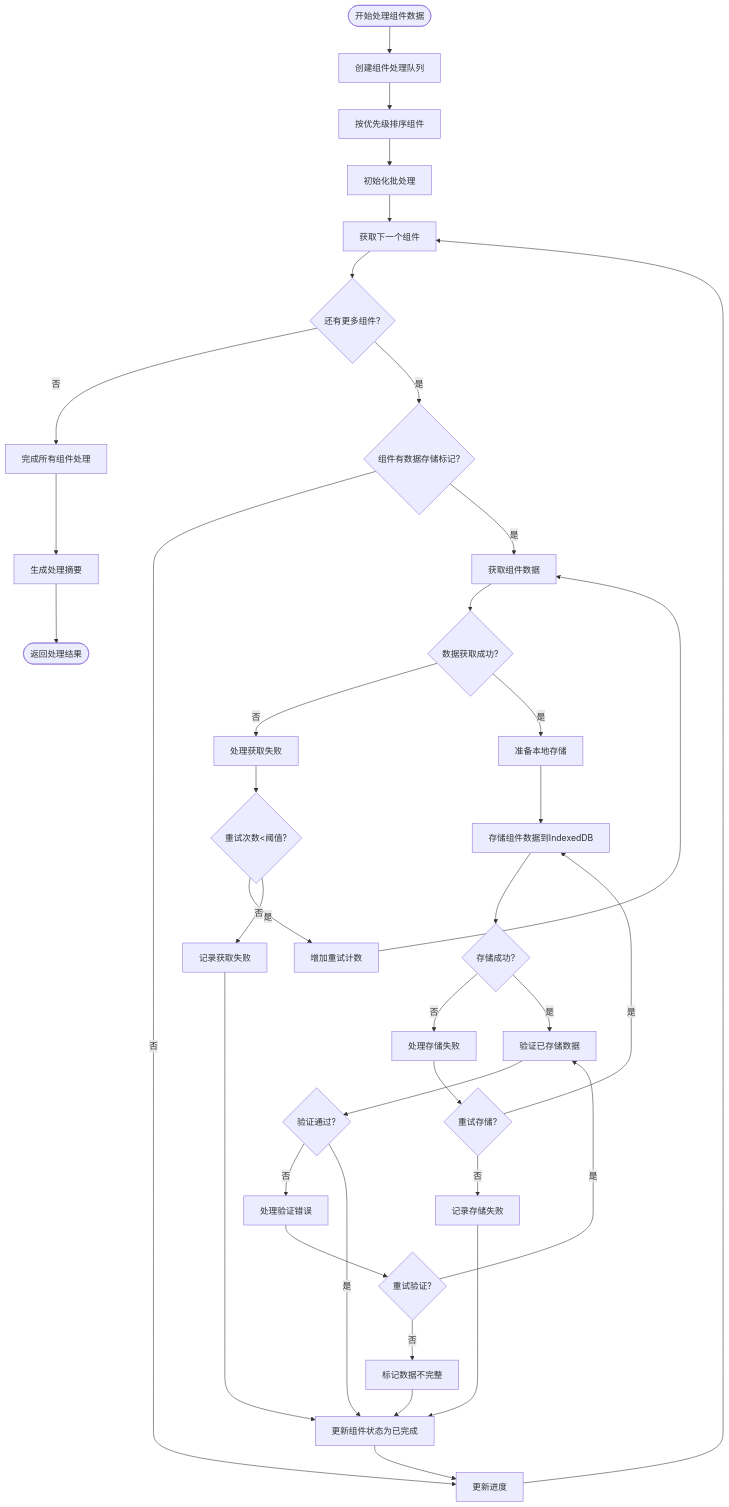
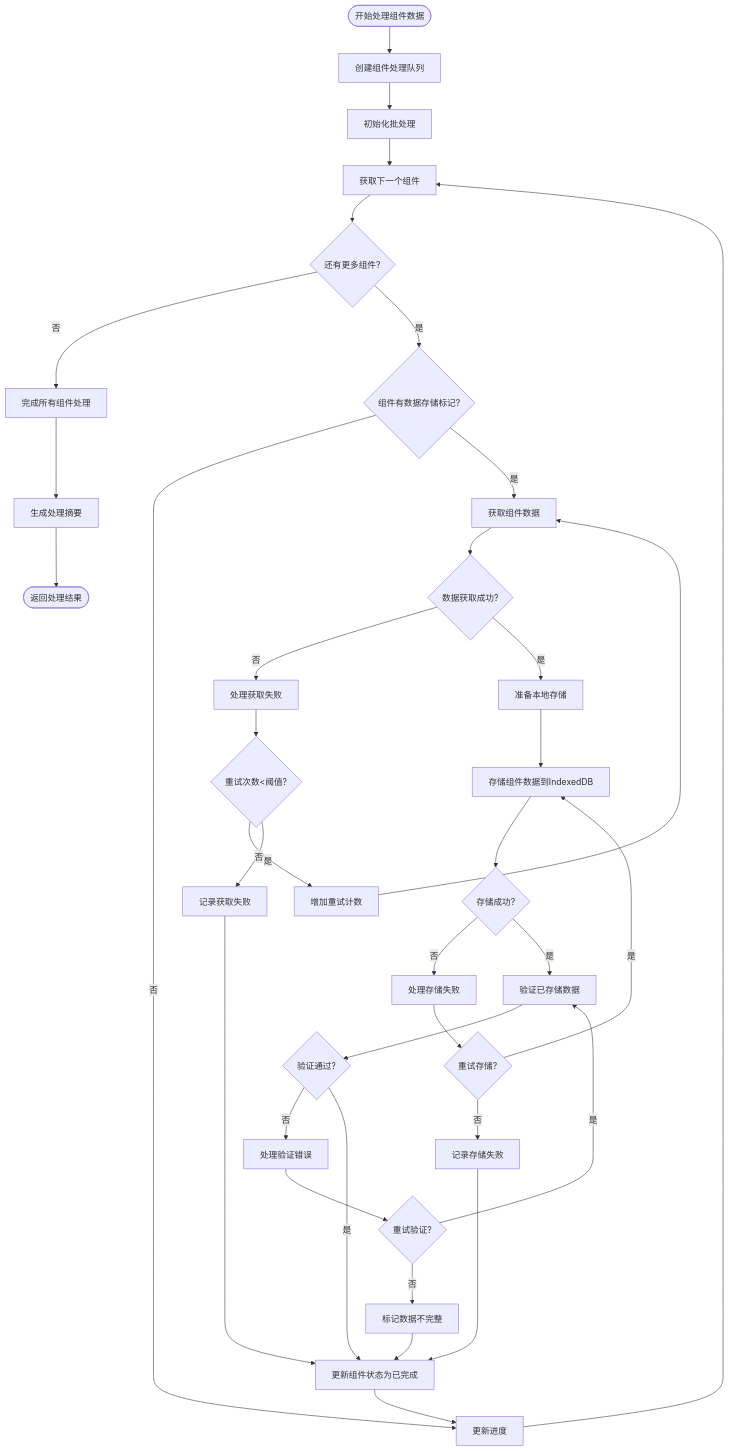
The diagram in all/未命名-50.md (yingjianzh/iodraw-files), drawn with Mermaid before and after one commit.

Commit message:
2025-05-08 10:52:09 update

````diff
--- a/all/未命名-50.md
+++ b/all/未命名-50.md
@@ -1,52 +1,51 @@
 ```mermaid
 flowchart TD
     StartProcessing([开始处理组件数据]) --> CreateQueue[创建组件处理队列]
     
-    CreateQueue --> SortComponents[按优先级排序组件]
-    SortComponents --> InitBatchProcessing[初始化批处理]
+    CreateQueue --> InitBatchProcessing[初始化批处理]
     
     InitBatchProcessing --> GetNextComponent[获取下一个组件]
     GetNextComponent --> HasMoreComponents{还有更多组件?}
     
     HasMoreComponents -->|否| CompleteProcessing[完成所有组件处理]
     HasMoreComponents -->|是| CheckDataFlag{组件有数据存储标记?}
     
     CheckDataFlag -->|否| UpdateProgress[更新进度]
     CheckDataFlag -->|是| FetchComponentData[获取组件数据]
     
     FetchComponentData --> DataFetchOk{数据获取成功?}
     
     DataFetchOk -->|否| HandleFetchError[处理获取失败]
     HandleFetchError --> RetryCount{重试次数<阈值?}
     RetryCount -->|是| IncrementRetry[增加重试计数]
     IncrementRetry --> FetchComponentData
     RetryCount -->|否| LogFetchFailure[记录获取失败]
     
     DataFetchOk -->|是| PrepareStorage[准备本地存储]
     PrepareStorage --> StoreComponentData[存储组件数据到IndexedDB]
     
     StoreComponentData --> StorageOk{存储成功?}
     StorageOk -->|否| HandleStorageError[处理存储失败]
     HandleStorageError --> RetryStorage{重试存储?}
     RetryStorage -->|是| StoreComponentData
     RetryStorage -->|否| LogStorageFailure[记录存储失败]
     
     StorageOk -->|是| VerifyStoredData[验证已存储数据]
     VerifyStoredData --> VerifyOk{验证通过?}
     
     VerifyOk -->|否| HandleVerifyError[处理验证错误]
     HandleVerifyError --> RetryVerify{重试验证?}
     RetryVerify -->|是| VerifyStoredData
     RetryVerify -->|否| MarkDataIncomplete[标记数据不完整]
     
     VerifyOk -->|是| UpdateComponentStatus[更新组件状态为已完成]
     LogFetchFailure --> UpdateComponentStatus
     LogStorageFailure --> UpdateComponentStatus
     MarkDataIncomplete --> UpdateComponentStatus
     
     UpdateComponentStatus --> UpdateProgress
     UpdateProgress --> GetNextComponent
     
     CompleteProcessing --> GenerateSummary[生成处理摘要]
     GenerateSummary --> Return([返回处理结果])
 ```
````
